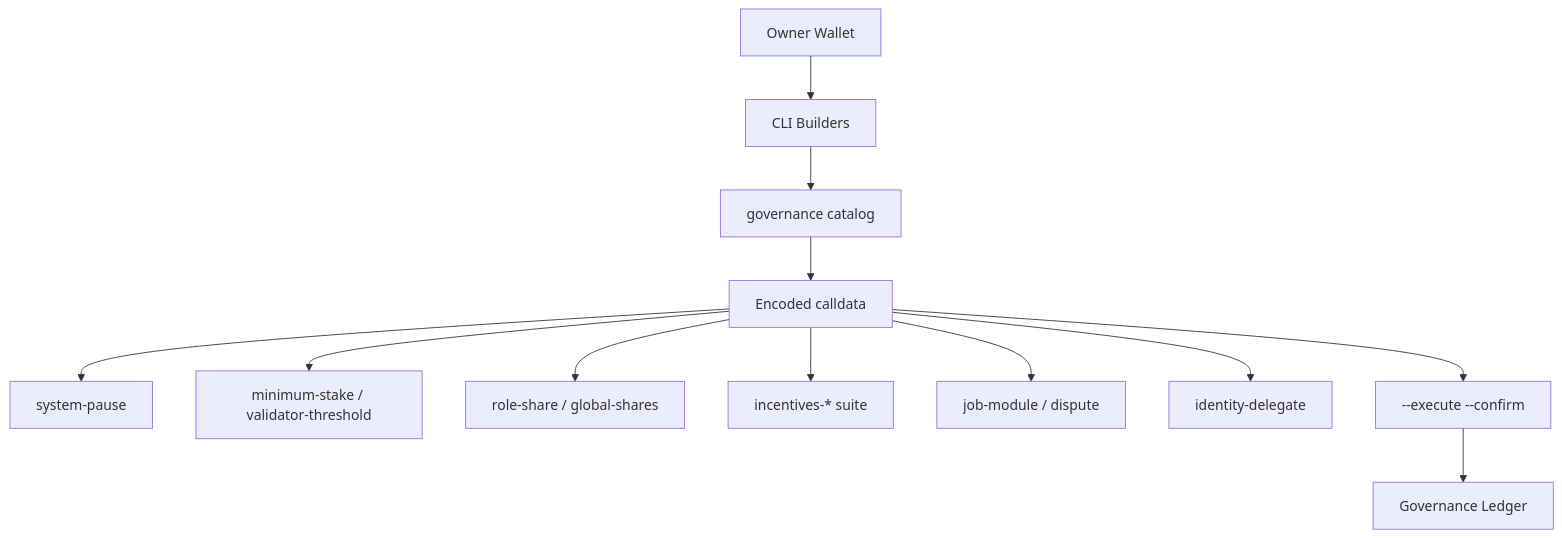
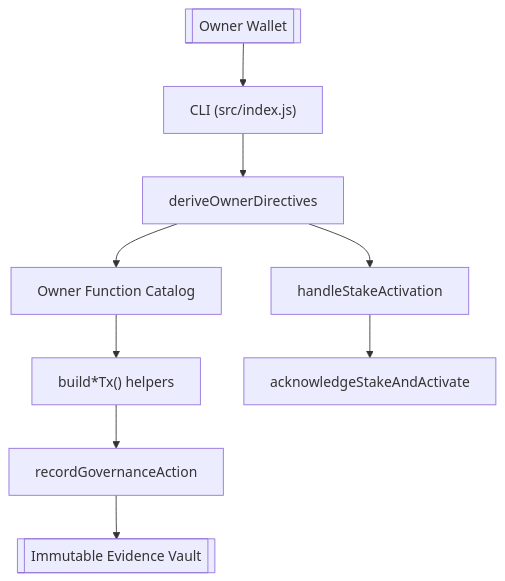
Before and after one commit to MontrealAI/AGI-Alpha-Node-v0: the sixth of 6 diagrams in docs/economics.md, drawn with Mermaid. The commit also changed other lines of this file and 2 other files, not shown here.

````diff
--- a/docs/economics.md
+++ b/docs/economics.md
@@ -167,14 +207,11 @@
 ```mermaid
 flowchart TD
-  Owner["Owner Wallet"] --> CLI["CLI Builders"]
-  CLI --> Catalog["governance catalog"]
-  Catalog --> Payloads["Encoded calldata"]
-  Payloads --> Pause["system-pause"]
-  Payloads --> Stake["minimum-stake / validator-threshold"]
-  Payloads --> Shares["role-share / global-shares"]
-  Payloads --> Incentives["incentives-* suite"]
-  Payloads --> Registry["job-module / dispute"]
-  Payloads --> Identity["identity-delegate"]
-  Payloads --> Ledger["--execute --confirm"]
-  Ledger --> Evidence["Governance Ledger"]
+  OwnerWallet[[Owner Wallet]] --> CLI["CLI (src/index.js)"]
+  CLI --> ControlPlane
+  ControlPlane["deriveOwnerDirectives"] --> Catalog["Owner Function Catalog"]
+  Catalog --> GovernanceTx["build*Tx() helpers"]
+  GovernanceTx --> Ledger["recordGovernanceAction"]
+  Ledger --> Evidence[[Immutable Evidence Vault]]
+  ControlPlane --> StakeHelper["handleStakeActivation"]
+  StakeHelper --> IncentivesContract["acknowledgeStakeAndActivate"]
 ```
````
